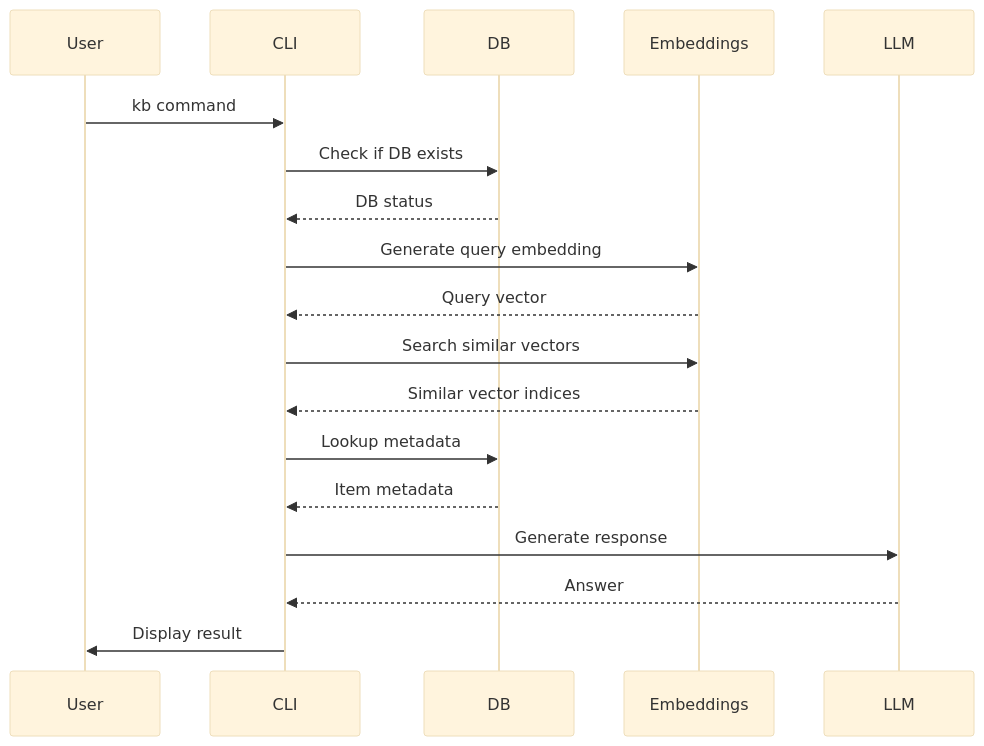
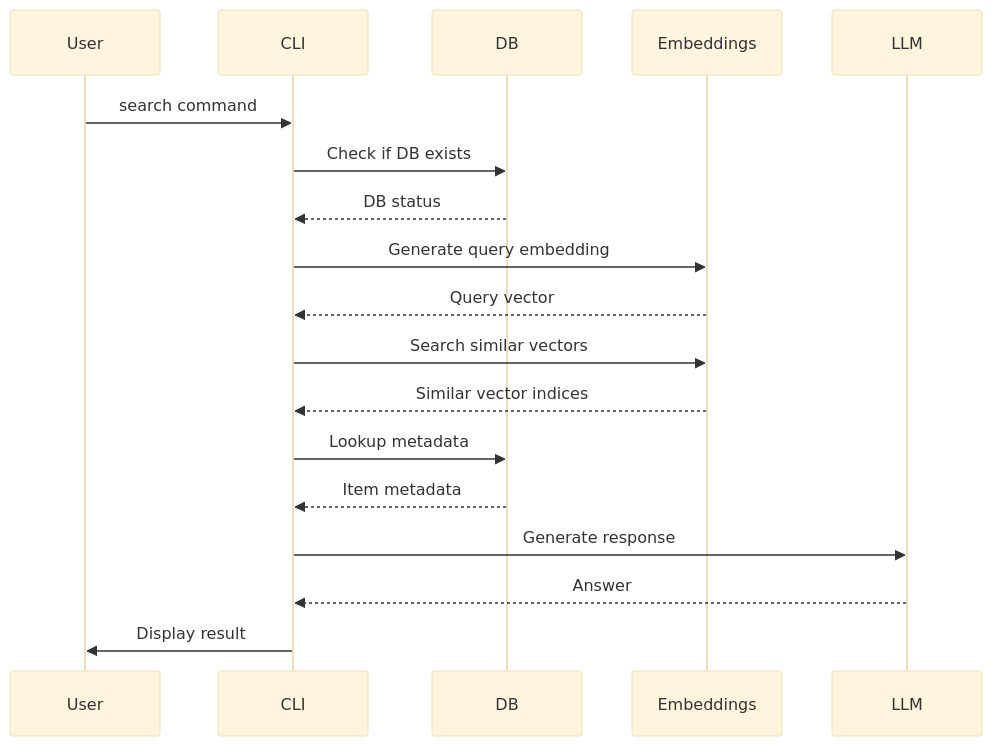
The second of 2 diagrams in README.md (chrisboden/semantica), drawn with Mermaid (base theme) before and after one commit. The commit also changed other lines of this file, not shown here.

Commit message:
fix to mermaid

````diff
--- a/README.md
+++ b/README.md
@@ -78,21 +78,21 @@
 ```mermaid
 sequenceDiagram
     participant User
     participant CLI
     participant DB
     participant Embeddings
     participant LLM
     
-    User->>CLI: kb command
+    User->>CLI: search command
     CLI->>DB: Check if DB exists
     DB-->>CLI: DB status
     CLI->>Embeddings: Generate query embedding
     Embeddings-->>CLI: Query vector
     CLI->>Embeddings: Search similar vectors
     Embeddings-->>CLI: Similar vector indices
     CLI->>DB: Lookup metadata
     DB-->>CLI: Item metadata
     CLI->>LLM: Generate response
     LLM-->>CLI: Answer
     CLI->>User: Display result
 ```
````
